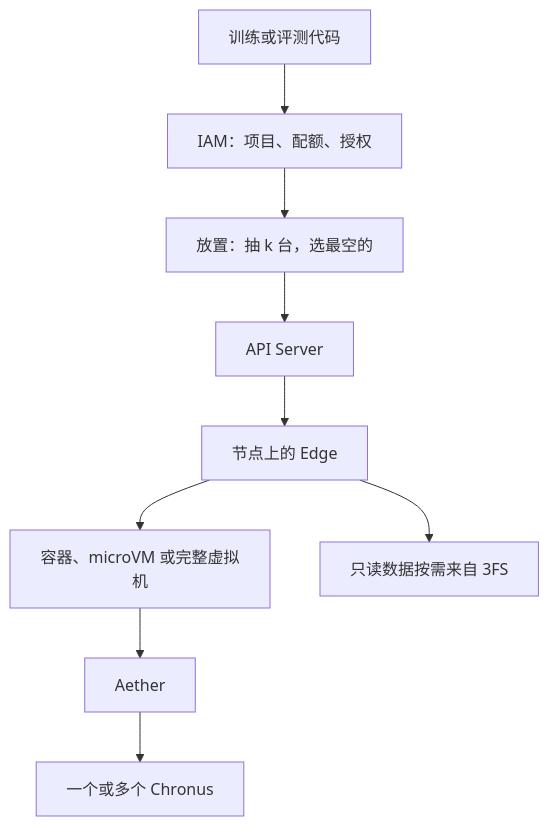
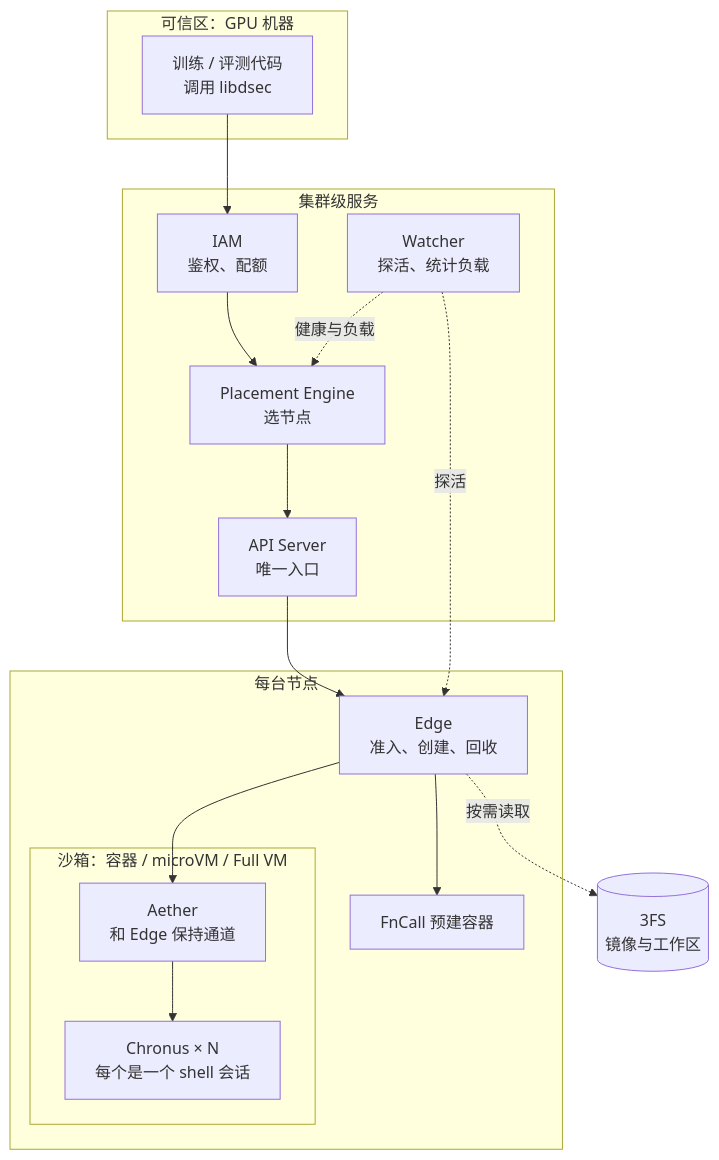
The diagram in blog/DeepSeek DSec：大规模 Agent 训练的沙箱基础设施.md (luzhixing12345/luzhixing12345.github.io), drawn with Mermaid before and after one commit. The commit also changed other lines of this file and 21 other files, not shown here.

Commit message:
dev: add html graph

````diff
--- a/blog/DeepSeek DSec：大规模 Agent 训练的沙箱基础设施.md
+++ b/blog/DeepSeek DSec：大规模 Agent 训练的沙箱基础设施.md
@@ -44,11 +111,28 @@
 ```mermaid
 flowchart TD
-  train[训练或评测代码] --> iam[IAM：项目、配额、授权]
-  iam --> place[放置：抽 k 台，选最空的]
-  place --> api[API Server]
-  api --> edge[节点上的 Edge]
-  edge --> box[容器、microVM 或完整虚拟机]
-  box --> aether[Aether]
-  aether --> chronus[一个或多个 Chronus]
-  edge --> fs[只读数据按需来自 3FS]
+  subgraph gpu[可信区：GPU 机器]
+    train[训练 / 评测代码<br/>调用 libdsec]
+  end
+  subgraph ctrl[集群级服务]
+    iam[IAM<br/>鉴权、配额]
+    place[Placement Engine<br/>选节点]
+    watcher[Watcher<br/>探活、统计负载]
+    api[API Server<br/>唯一入口]
+  end
+  subgraph node[每台节点]
+    edge[Edge<br/>准入、创建、回收]
+    subgraph box[沙箱：容器 / microVM / Full VM]
+      aether[Aether<br/>和 Edge 保持通道]
+      chronus[Chronus × N<br/>每个是一个 shell 会话]
+    end
+    fncall[FnCall 预建容器]
+  end
+  fs[(3FS<br/>镜像与工作区)]
+
+  train --> iam --> place --> api --> edge
+  watcher -.健康与负载.-> place
+  watcher -.探活.-> edge
+  edge --> aether --> chronus
+  edge --> fncall
+  edge -.按需读取.-> fs
 ```
````
